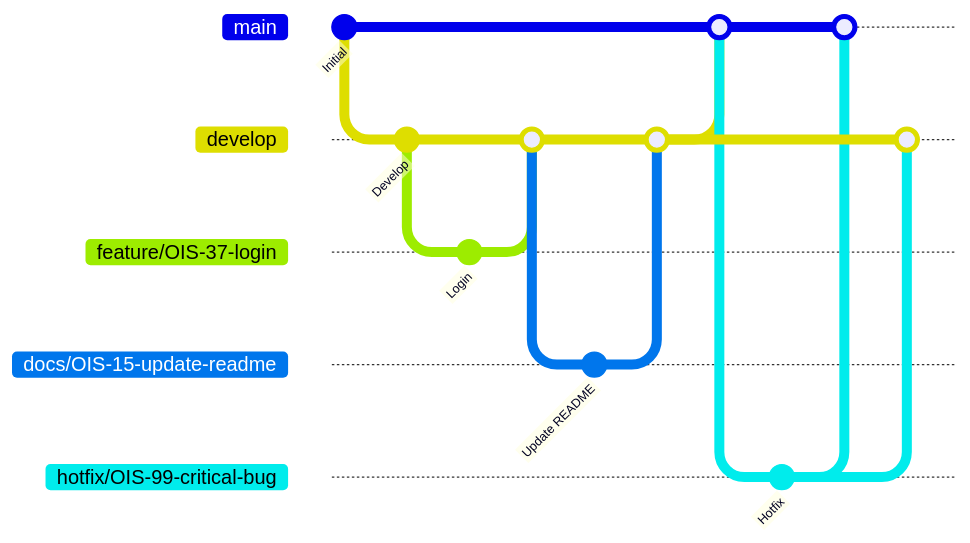
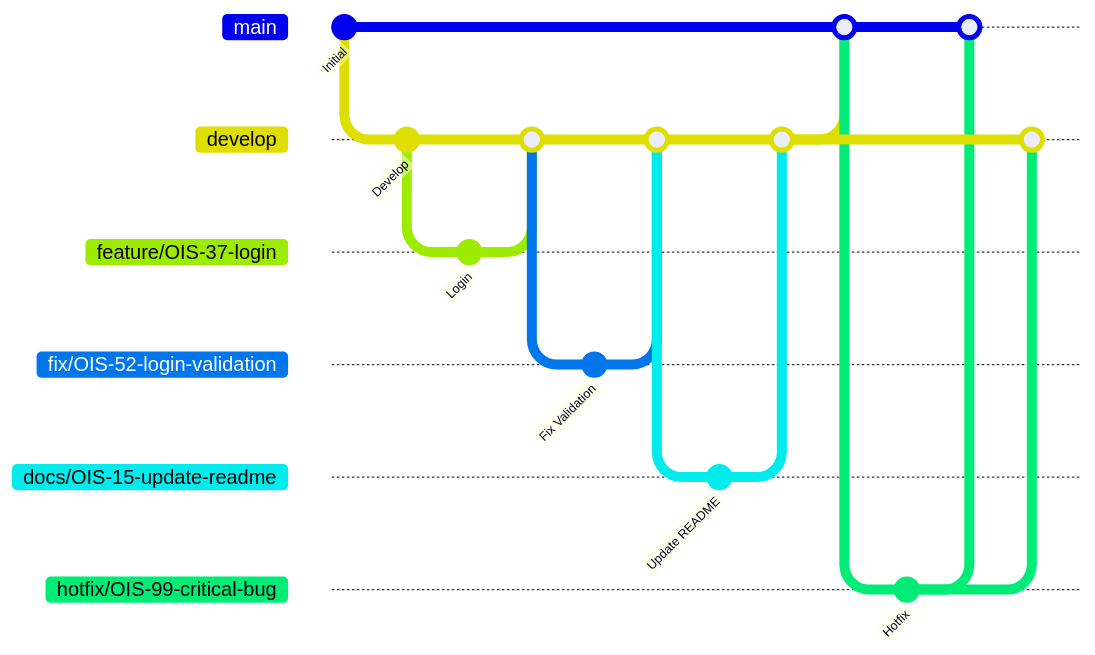
One commit to OzasaHitomi/helpdesk-BE changed the diagram in README.md. Above: the diagram before and after it, drawn with Mermaid.

Commit message:
fix: README内容修正

````diff
--- a/README.md
+++ b/README.md
@@ -84,35 +84,42 @@
 ```mermaid
 gitGraph
     commit id:"Initial"
 
     branch develop
     checkout develop
     commit id:"Develop"
 
     branch feature/OIS-37-login
     checkout feature/OIS-37-login
     commit id:"Login"
 
     checkout develop
     merge feature/OIS-37-login
+
+    branch fix/OIS-52-login-validation
+    checkout fix/OIS-52-login-validation
+    commit id:"Fix Validation"
+
+    checkout develop
+    merge fix/OIS-52-login-validation
 
     branch docs/OIS-15-update-readme
     checkout docs/OIS-15-update-readme
     commit id:"Update README"
 
     checkout develop
     merge docs/OIS-15-update-readme
 
     checkout main
     merge develop
 
     branch hotfix/OIS-99-critical-bug
     checkout hotfix/OIS-99-critical-bug
     commit id:"Hotfix"
 
     checkout main
     merge hotfix/OIS-99-critical-bug
 
     checkout develop
     merge hotfix/OIS-99-critical-bug
 ```
````
